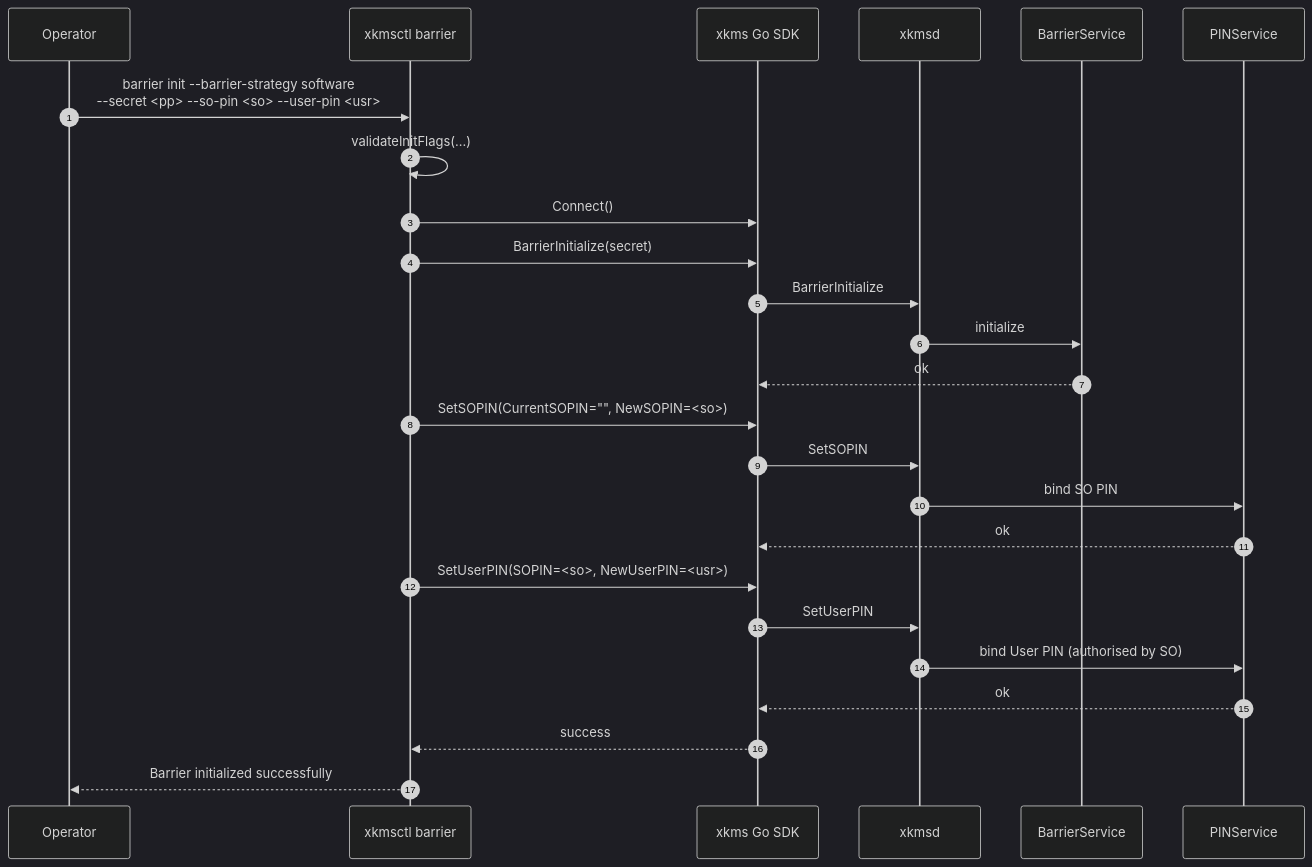
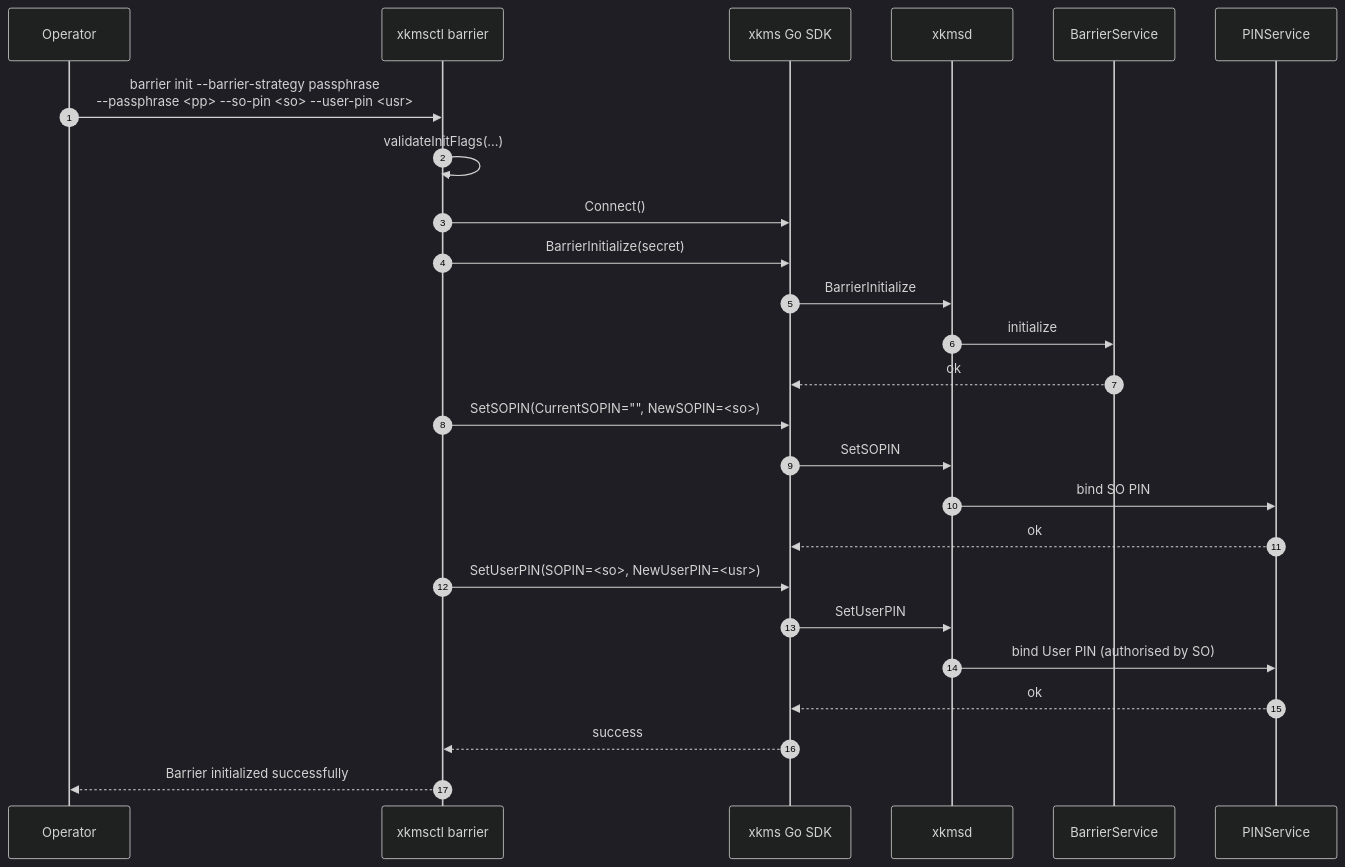
Before and after one commit to jeremyhahn/go-xkms: the first of 2 diagrams in docs/cli/barrier.md, drawn with Mermaid (dark theme). The commit also changed other lines of this file and 828 other files, not shown here.

````diff
--- a/docs/cli/barrier.md
+++ b/docs/cli/barrier.md
@@ -84,28 +93,28 @@
 ```mermaid
 sequenceDiagram
     autonumber
     participant Op as Operator
     participant CLI as xkmsctl barrier
     participant SDK as xkms Go SDK
     participant Daemon as xkmsd
     participant Bar as BarrierService
     participant Pin as PINService
 
-    Op->>CLI: barrier init --barrier-strategy software<br/>--secret <pp> --so-pin <so> --user-pin <usr>
+    Op->>CLI: barrier init --barrier-strategy passphrase<br/>--passphrase <pp> --so-pin <so> --user-pin <usr>
     CLI->>CLI: validateInitFlags(...)
     CLI->>SDK: Connect()
     CLI->>SDK: BarrierInitialize(secret)
     SDK->>Daemon: BarrierInitialize
     Daemon->>Bar: initialize
     Bar-->>SDK: ok
     CLI->>SDK: SetSOPIN(CurrentSOPIN="", NewSOPIN=<so>)
     SDK->>Daemon: SetSOPIN
     Daemon->>Pin: bind SO PIN
     Pin-->>SDK: ok
     CLI->>SDK: SetUserPIN(SOPIN=<so>, NewUserPIN=<usr>)
     SDK->>Daemon: SetUserPIN
     Daemon->>Pin: bind User PIN (authorised by SO)
     Pin-->>SDK: ok
     SDK-->>CLI: success
     CLI-->>Op: Barrier initialized successfully
 ```
````
